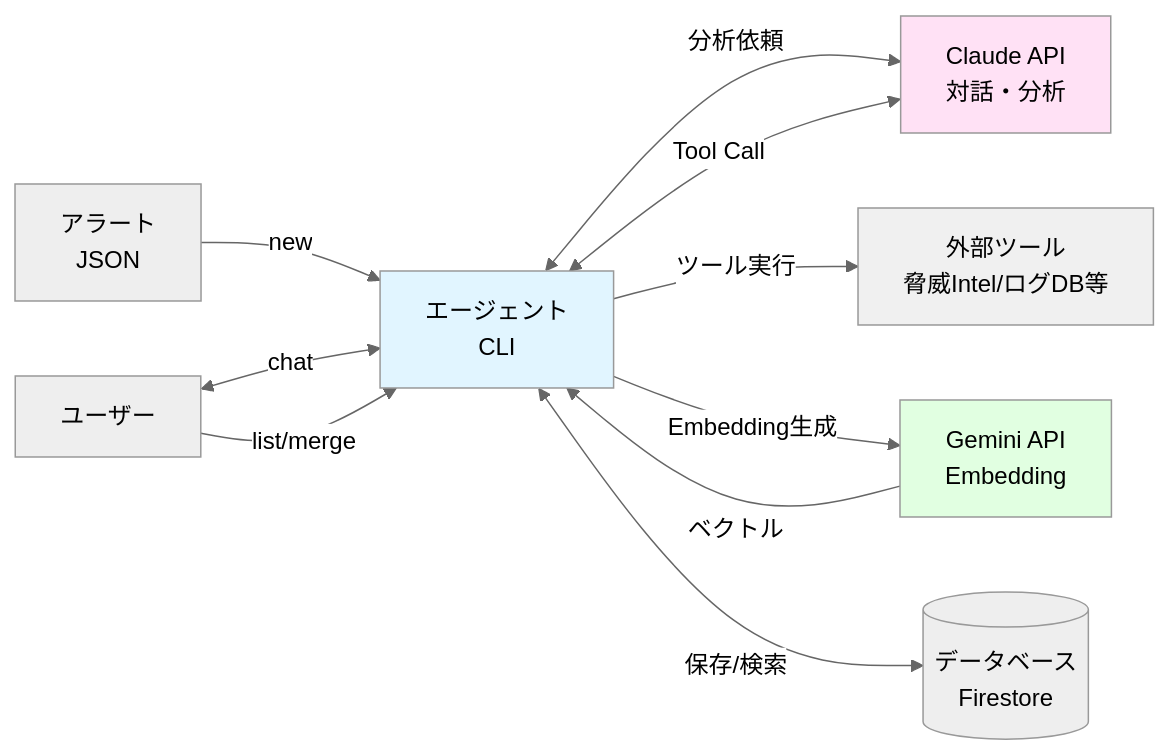
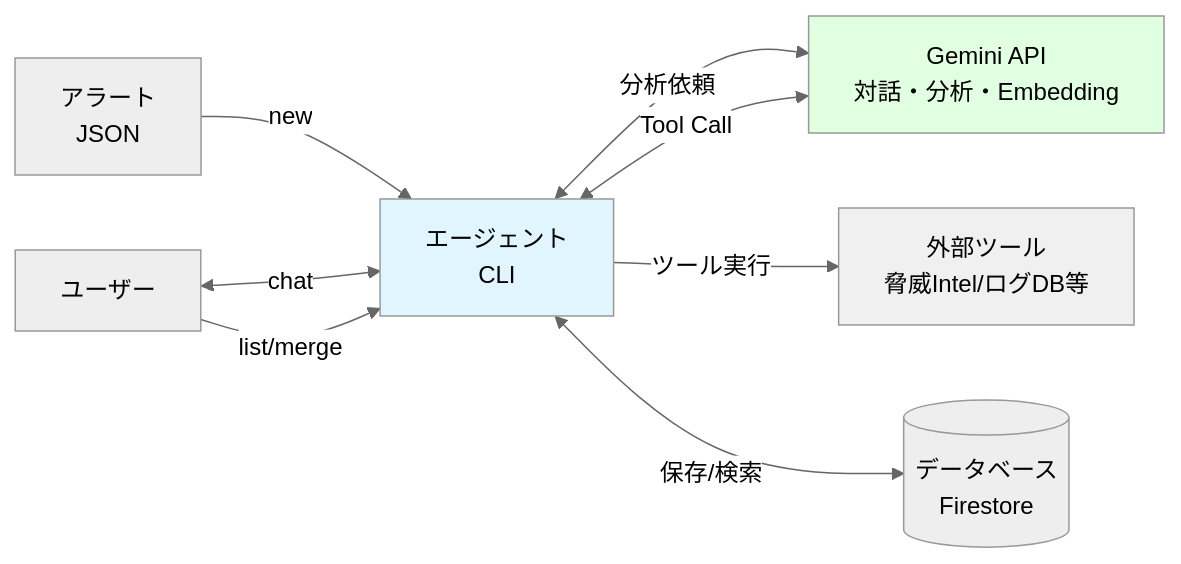
Before and after one commit to m-mizutani/advcal2025: the first of 4 diagrams in articles/sec-agent-03-architecture.md, drawn with Mermaid (neutral theme). The commit also changed other lines of this file and 1 other file, not shown here.

````diff
--- a/articles/sec-agent-03-architecture.md
+++ b/articles/sec-agent-03-architecture.md
@@ -24,25 +24,21 @@
 ```mermaid
 graph LR
     User[ユーザー]
     Alert[アラート<br/>JSON]
     Agent[エージェント<br/>CLI]
-    Claude[Claude API<br/>対話・分析]
-    Gemini[Gemini API<br/>Embedding]
+    Gemini[Gemini API<br/>対話・分析・Embedding]
     Tools[外部ツール<br/>脅威Intel/ログDB等]
     DB[(データベース<br/>Firestore)]
 
     Alert -->|new| Agent
     User <-->|chat| Agent
-    Agent <-->|分析依頼| Claude
-    Claude <-->|Tool Call| Agent
+    Agent <-->|分析依頼| Gemini
+    Gemini <-->|Tool Call| Agent
     Agent -->|ツール実行| Tools
-    Agent -->|Embedding生成| Gemini
-    Gemini -->|ベクトル| Agent
     Agent <-->|保存/検索| DB
     User -->|list/merge| Agent
 
     style Agent fill:#e1f5ff
-    style Claude fill:#ffe1f5
     style Gemini fill:#e1ffe1
     style Tools fill:#f0f0f0
 ```
````
